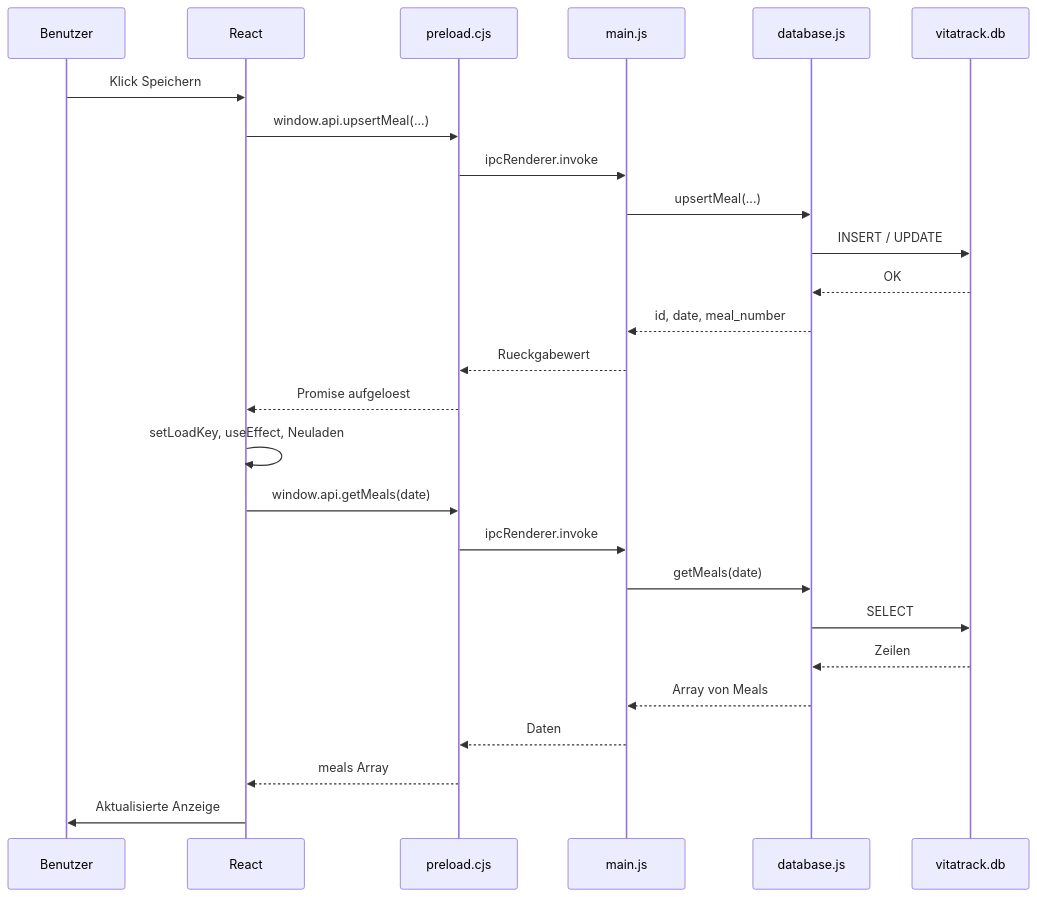
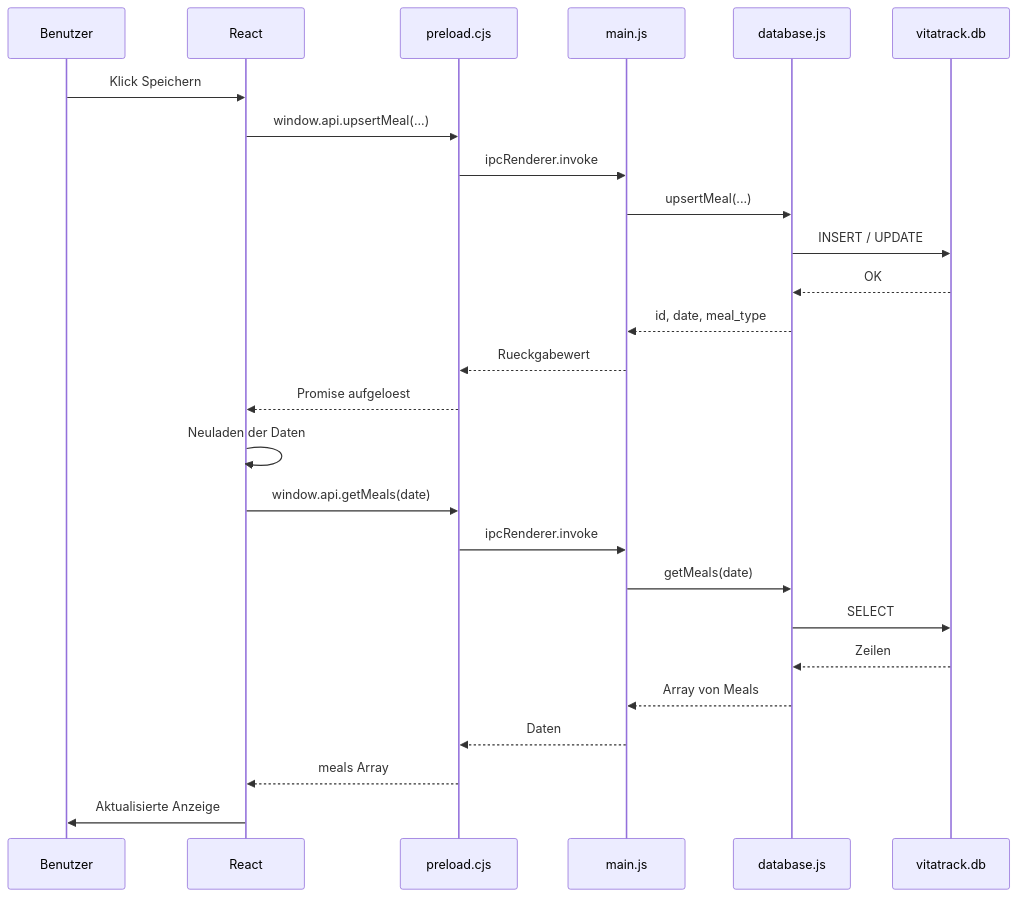
Before and after one commit to zok42/vita-track: the second of 3 diagrams in README.md, drawn with Mermaid. The commit also changed other lines of this file and 11 other files, not shown here.

````diff
--- a/README.md
+++ b/README.md
@@ -79,29 +81,29 @@
 ```mermaid
 sequenceDiagram
     participant User as Benutzer
     participant UI as React
     participant Bridge as preload.cjs
     participant Main as main.js
     participant DB as database.js
     participant SQLite as vitatrack.db
 
     User->>UI: Klick Speichern
     UI->>Bridge: window.api.upsertMeal(...)
     Bridge->>Main: ipcRenderer.invoke
     Main->>DB: upsertMeal(...)
     DB->>SQLite: INSERT / UPDATE
     SQLite-->>DB: OK
-    DB-->>Main: id, date, meal_number
+    DB-->>Main: id, date, meal_type
     Main-->>Bridge: Rueckgabewert
     Bridge-->>UI: Promise aufgeloest
-    UI->>UI: setLoadKey, useEffect, Neuladen
+    UI->>UI: Neuladen der Daten
     UI->>Bridge: window.api.getMeals(date)
     Bridge->>Main: ipcRenderer.invoke
     Main->>DB: getMeals(date)
     DB->>SQLite: SELECT
     SQLite-->>DB: Zeilen
     DB-->>Main: Array von Meals
     Main-->>Bridge: Daten
     Bridge-->>UI: meals Array
     UI->>User: Aktualisierte Anzeige
 ```
````
